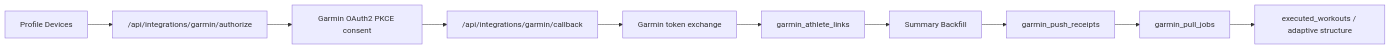
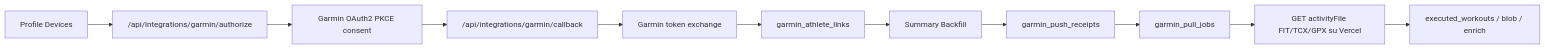
One commit to d1smario/empathy-pro-2 changed the diagram in docs/GARMIN_OAUTH2_TEST_RUNBOOK.md. Above: the diagram before and after it, drawn with Mermaid. The commit also changed other lines of this file and 3 other files, not shown here.

Commit message:
docs(garmin): clarify FIT via Vercel pull runner, not Fly push body

````diff
--- a/docs/GARMIN_OAUTH2_TEST_RUNBOOK.md
+++ b/docs/GARMIN_OAUTH2_TEST_RUNBOOK.md
@@ -56,12 +70,13 @@
 ```mermaid
 flowchart LR
   Pro2Profile["Profile Devices"] --> AuthorizeRoute["/api/integrations/garmin/authorize"]
   AuthorizeRoute --> GarminConsent["Garmin OAuth2 PKCE consent"]
   GarminConsent --> CallbackRoute["/api/integrations/garmin/callback"]
   CallbackRoute --> GarminToken["Garmin token exchange"]
   GarminToken --> LinkTable["garmin_athlete_links"]
   LinkTable --> Backfill["Summary Backfill"]
   Backfill --> PushReceipt["garmin_push_receipts"]
   PushReceipt --> PullJobs["garmin_pull_jobs"]
-  PullJobs --> Materialize["executed_workouts / adaptive structure"]
+  PullJobs --> GetFile["GET activityFile FIT/TCX/GPX su Vercel"]
+  GetFile --> Materialize["executed_workouts / blob / enrich"]
 ```
````
